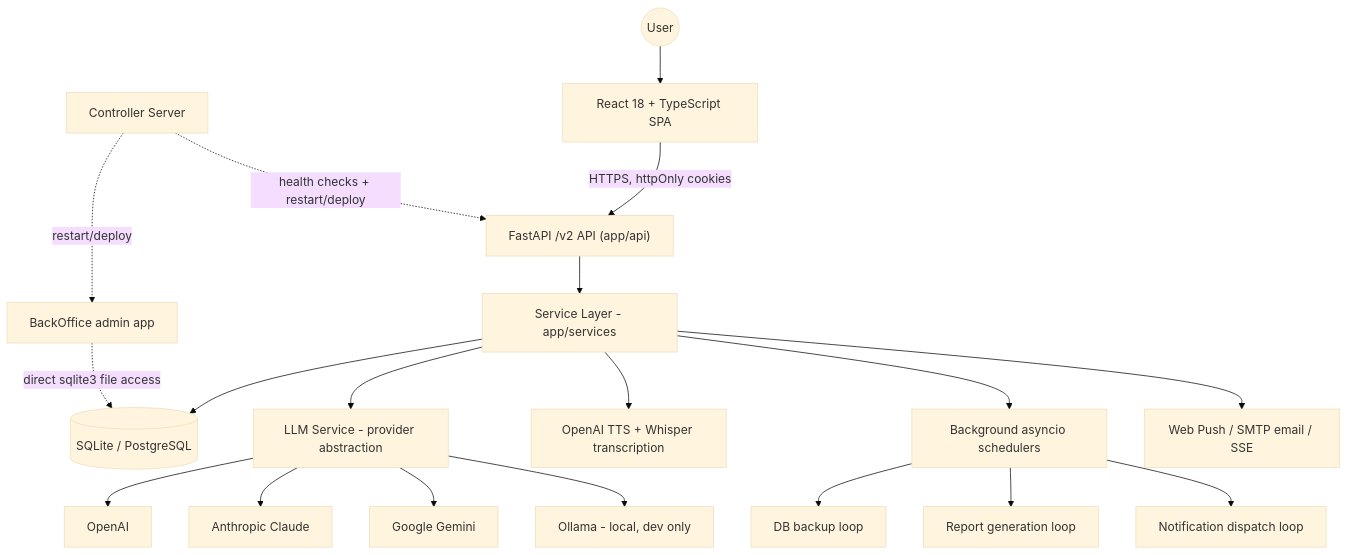
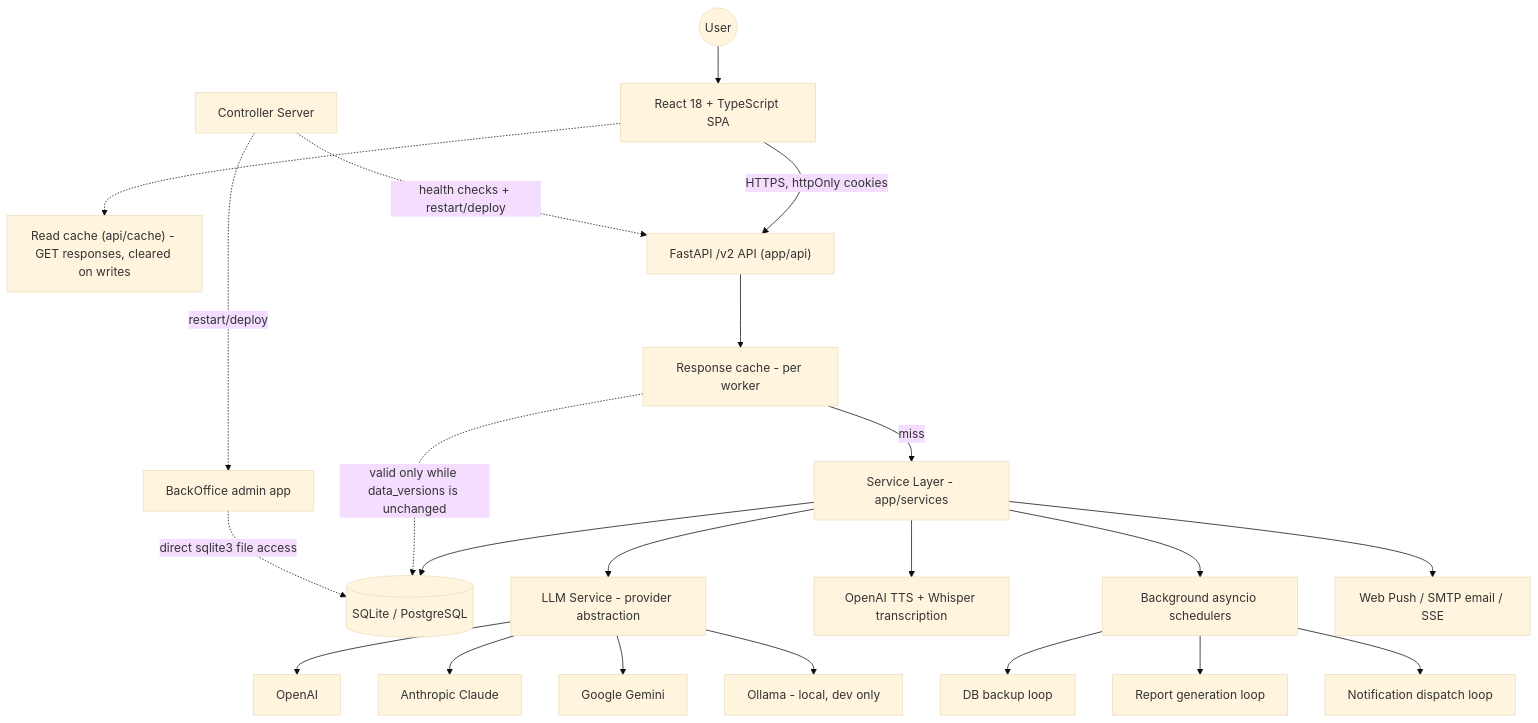
Before and after one commit to harshgupta38/shadow: the first of 2 diagrams in README.md, drawn with Mermaid (base theme). The commit also changed other lines of this file, not shown here.

````diff
--- a/README.md
+++ b/README.md
@@ -79,22 +81,25 @@
 ```mermaid
 flowchart TD
     User((User)) --> FE[React 18 + TypeScript SPA]
+    FE -.-> FC["Read cache (api/cache) - GET responses, cleared on writes"]
     FE -->|HTTPS, httpOnly cookies| API["FastAPI /v2 API (app/api)"]
-    API --> SVC[Service Layer - app/services]
+    API --> RC["Response cache - per worker"]
+    RC -->|miss| SVC[Service Layer - app/services]
     SVC --> DB[(SQLite / PostgreSQL)]
+    RC -.valid only while data_versions is unchanged.-> DB
     SVC --> LLM[LLM Service - provider abstraction]
     LLM --> OpenAI[OpenAI]
     LLM --> Claude[Anthropic Claude]
     LLM --> Gemini[Google Gemini]
     LLM --> Ollama[Ollama - local, dev only]
     SVC --> TTS[OpenAI TTS + Whisper transcription]
     SVC --> Jobs[Background asyncio schedulers]
     Jobs --> Backup[DB backup loop]
     Jobs --> Reports[Report generation loop]
     Jobs --> Notify[Notification dispatch loop]
     SVC --> Delivery[Web Push / SMTP email / SSE]
 
     BO[BackOffice admin app] -.direct sqlite3 file access.-> DB
     CTRL[Controller Server] -.health checks + restart/deploy.-> API
     CTRL -.restart/deploy.-> BO
 ```
````
